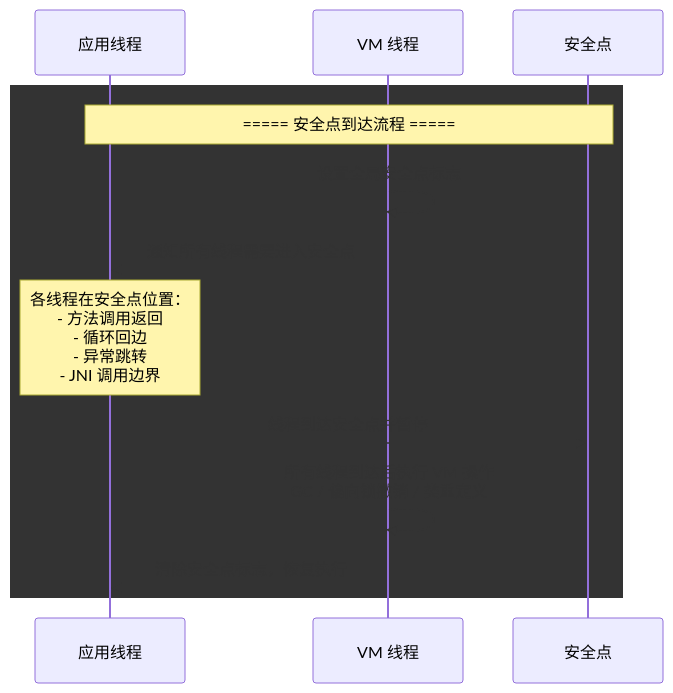
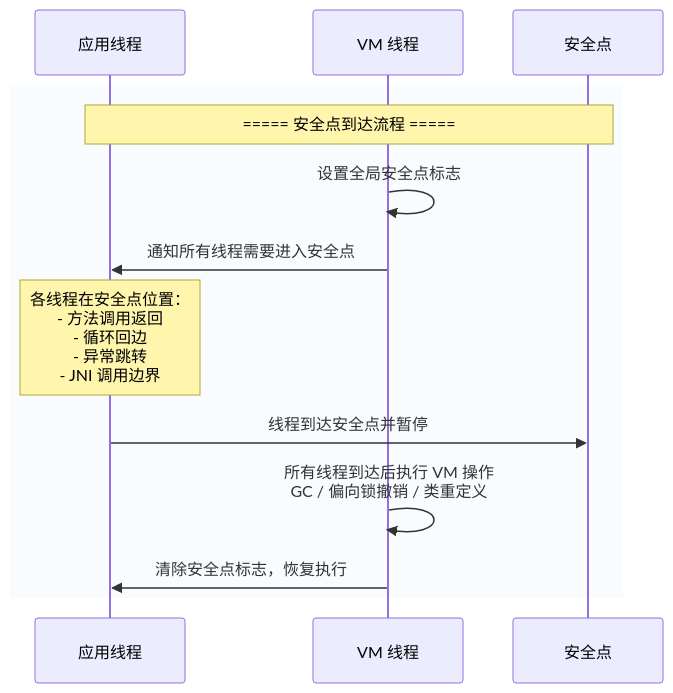
One commit to AH23333/Blog changed diagram 39 of 51 in src/content/philes/volume-1/Java-Backend/JVM深度解析.md. Above: the diagram before and after it, drawn with Mermaid. The commit also changed other lines of this file and 17 other files, not shown here.

Commit message:
修复所有已知bug（mermaid渲染、表格识别），添加错误总结经验，暂时保留测试文件，准备考虑优化性能与重构

````diff
--- a/src/content/philes/volume-1/Java-Backend/JVM深度解析.md
+++ b/src/content/philes/volume-1/Java-Backend/JVM深度解析.md
@@ -1895,16 +1900,16 @@
 ```mermaid
 sequenceDiagram
     participant APPS as 应用线程
     participant VM as VM 线程
     participant SAFE as 安全点
 
-    rect rgba【240， 248， 255， 0.4】
+    rect rgba(240, 248, 255, 0.4)
     Note over APPS,SAFE: ===== 安全点到达流程 =====
     VM->>VM: 设置全局安全点标志
     VM->>APPS: 通知所有线程需要进入安全点
     Note over APPS: 各线程在安全点位置：<br/>- 方法调用返回<br/>- 循环回边<br/>- 异常跳转<br/>- JNI 调用边界
     APPS->>SAFE: 线程到达安全点并暂停
     VM->>VM: 所有线程到达后执行 VM 操作<br/>GC / 偏向锁撤销 / 类重定义
     VM->>APPS: 清除安全点标志，恢复执行
     end
 ```
````
